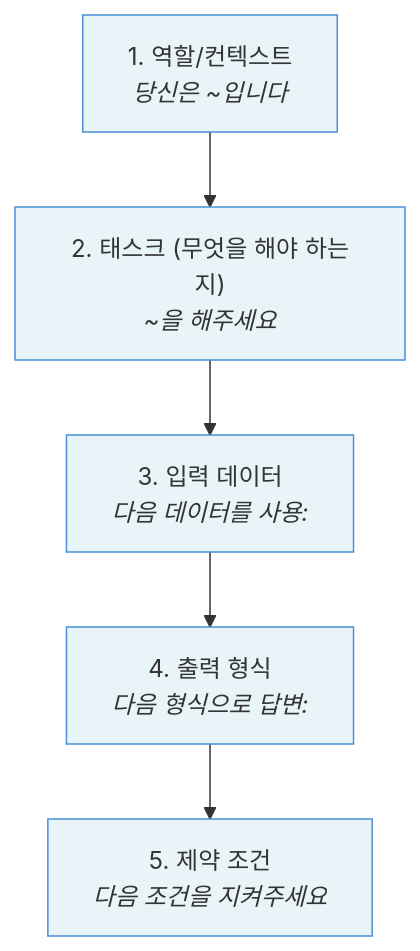
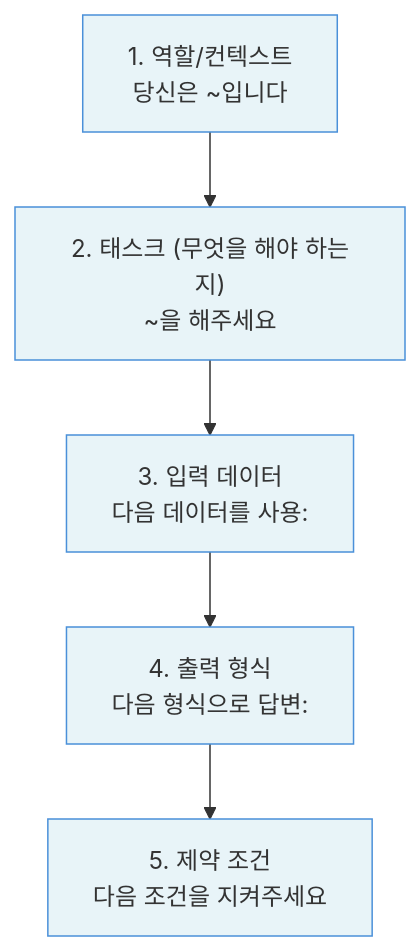
The diagram in docs/chapters/03-prompt-engineering/index.md (speson/tom-learn-ai), drawn with Mermaid before and after one commit. The commit also changed 5 other files, not shown here.

First line of the commit message:
Mermaid 문법 호환성 수정

````diff
--- a/docs/chapters/03-prompt-engineering/index.md
+++ b/docs/chapters/03-prompt-engineering/index.md
@@ -86,16 +86,16 @@
 ```mermaid
 graph TD
-    A["1. 역할/컨텍스트<br/><i>당신은 ~입니다</i>"]
-    B["2. 태스크 (무엇을 해야 하는지)<br/><i>~을 해주세요</i>"]
-    C["3. 입력 데이터<br/><i>다음 데이터를 사용:</i>"]
-    D["4. 출력 형식<br/><i>다음 형식으로 답변:</i>"]
-    E["5. 제약 조건<br/><i>다음 조건을 지켜주세요</i>"]
+    A["1. 역할/컨텍스트<br/>당신은 ~입니다"]
+    B["2. 태스크 (무엇을 해야 하는지)<br/>~을 해주세요"]
+    C["3. 입력 데이터<br/>다음 데이터를 사용:"]
+    D["4. 출력 형식<br/>다음 형식으로 답변:"]
+    E["5. 제약 조건<br/>다음 조건을 지켜주세요"]
 
     A --> B --> C --> D --> E
 
     style A fill:#e8f4f8,stroke:#4a90d9
     style B fill:#e8f4f8,stroke:#4a90d9
     style C fill:#e8f4f8,stroke:#4a90d9
     style D fill:#e8f4f8,stroke:#4a90d9
     style E fill:#e8f4f8,stroke:#4a90d9
 ```
````
